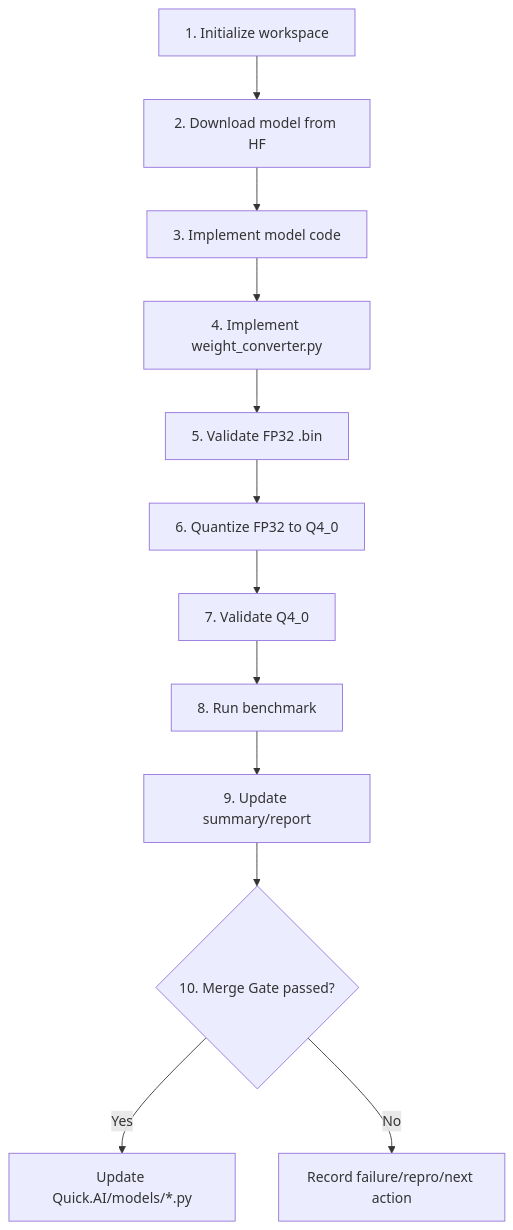
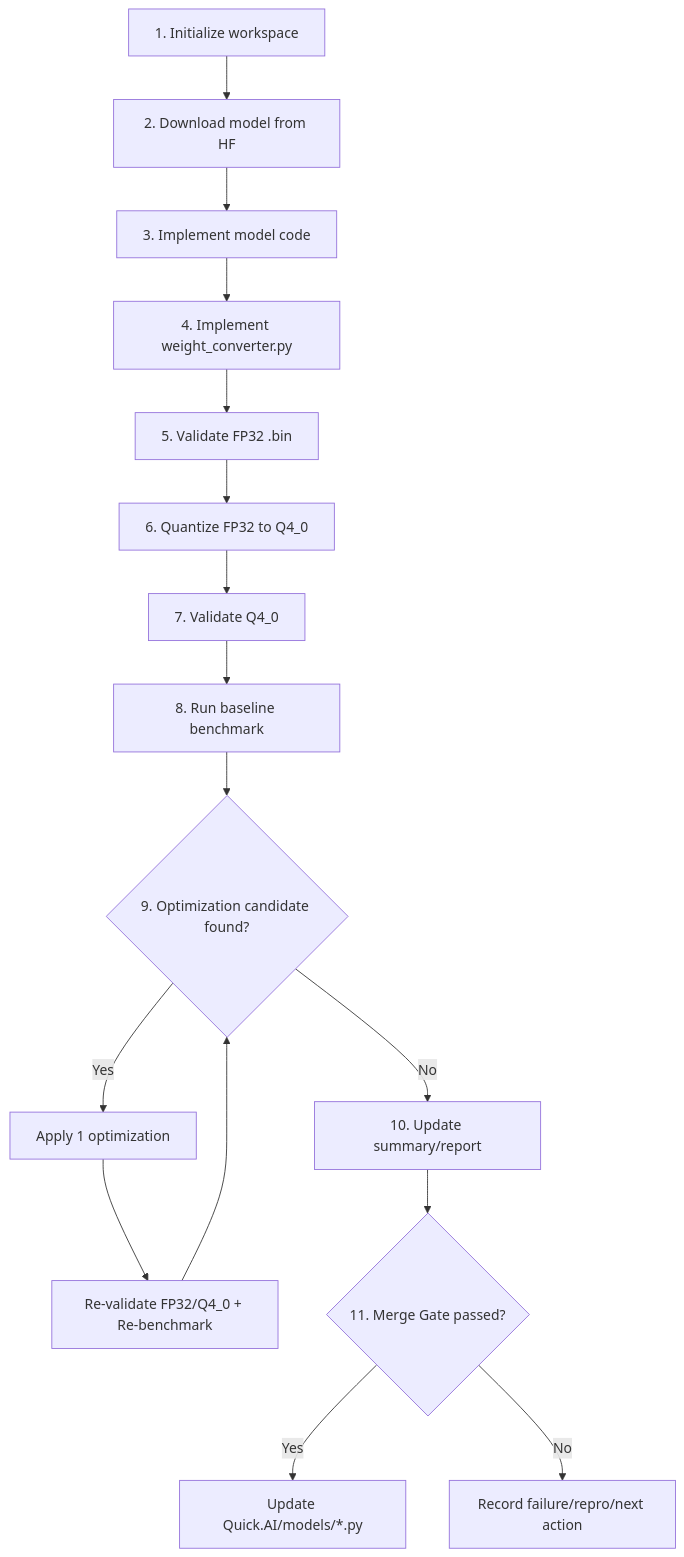
The diagram in tools/model_onboarding_agent/AGENT_ROLE.md (Jungwon-Lee/Quick.AI), drawn with Mermaid before and after one commit. The commit also changed other lines of this file and 1 other file, not shown here.

Commit message:
Add mandatory optimization loop to agent onboarding workflow

````diff
--- a/tools/model_onboarding_agent/AGENT_ROLE.md
+++ b/tools/model_onboarding_agent/AGENT_ROLE.md
@@ -195,14 +216,18 @@
 ```mermaid
 flowchart TD
     A[1. Initialize workspace] --> B[2. Download model from HF]
     B --> C[3. Implement model code]
     C --> D[4. Implement weight_converter.py]
     D --> E[5. Validate FP32 .bin]
     E --> F[6. Quantize FP32 to Q4_0]
     F --> G[7. Validate Q4_0]
-    G --> H[8. Run benchmark]
-    H --> I[9. Update summary/report]
-    I --> J{10. Merge Gate passed?}
-    J -->|Yes| K[Update Quick.AI/models/*.py]
-    J -->|No| L[Record failure/repro/next action]
+    G --> H[8. Run baseline benchmark]
+    H --> I{9. Optimization candidate found?}
+    I -->|Yes| J[Apply 1 optimization]
+    J --> K[Re-validate FP32/Q4_0 + Re-benchmark]
+    K --> I
+    I -->|No| L[10. Update summary/report]
+    L --> M{11. Merge Gate passed?}
+    M -->|Yes| N[Update Quick.AI/models/*.py]
+    M -->|No| O[Record failure/repro/next action]
 ```
````
